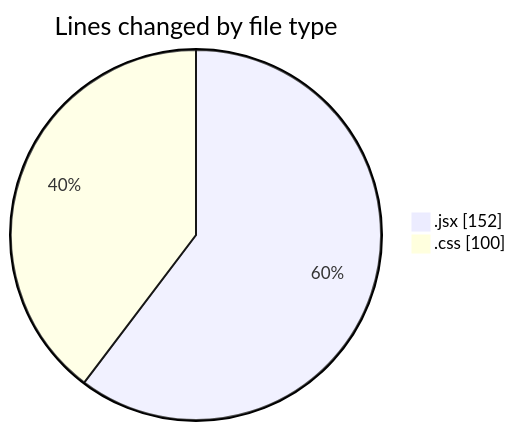
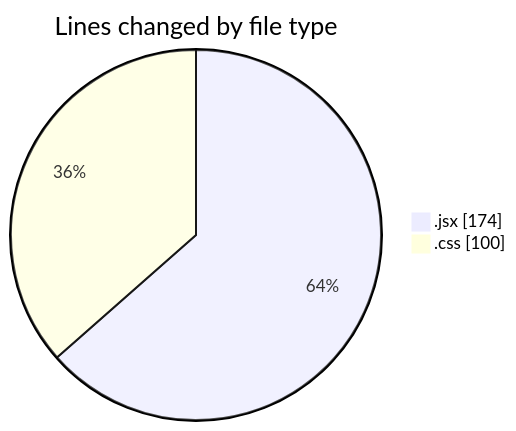
One commit to Elitesun/code-tracking changed the first of 2 diagrams in 2025-03-08/elitesgpt/README.md. Above: the diagram before and after it, drawn with Mermaid. The commit also changed other lines of this file and 1 other file, not shown here.

````diff
--- a/2025-03-08/elitesgpt/README.md
+++ b/2025-03-08/elitesgpt/README.md
@@ -22,6 +22,6 @@
 ```mermaid
 pie showData
 title Lines changed by file type
-".jsx" : 152
+".jsx" : 174
 ".css" : 100
 ```
````
